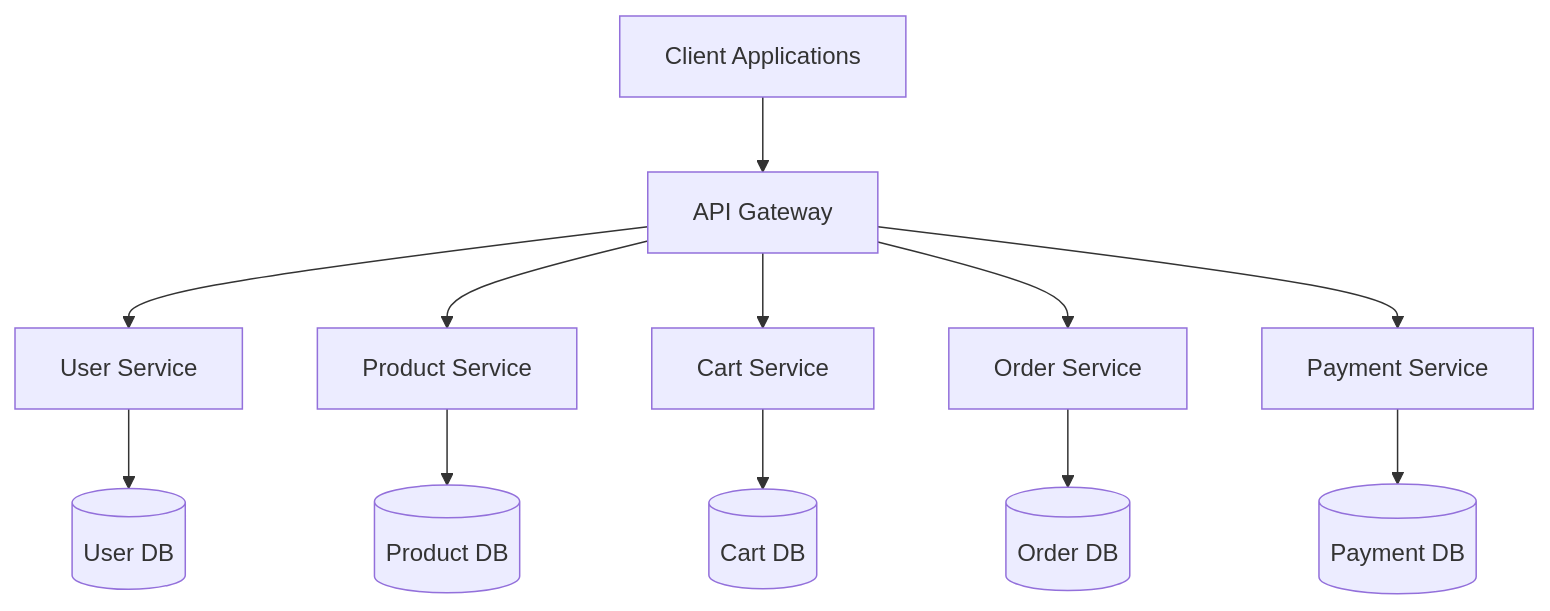
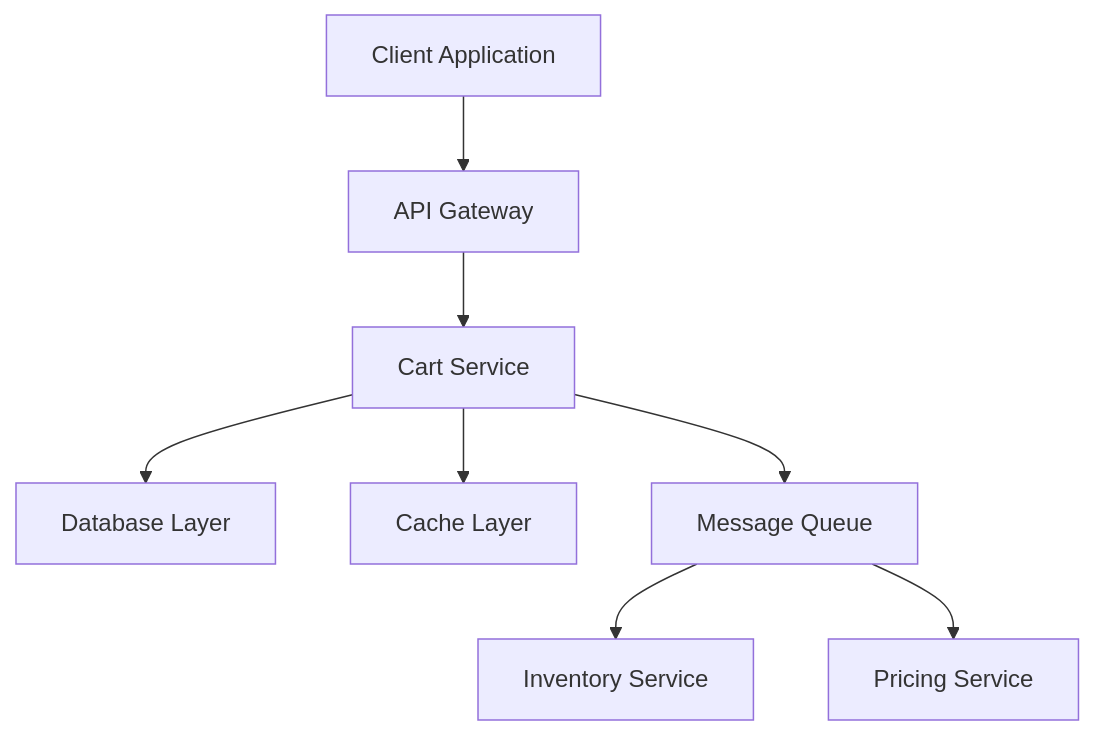
The first of 2 diagrams in docs/LLD/lld.md (NavneetBN47/aava-ecom-demo), drawn with Mermaid before and after one commit. The commit also changed other lines of this file, not shown here.

````diff
--- a/docs/LLD/lld.md
+++ b/docs/LLD/lld.md
@@ -51,14 +19,10 @@
 ```mermaid
 graph TB
-    A[Client Applications] --> B[API Gateway]
-    B --> C[User Service]
-    B --> D[Product Service]
-    B --> E[Cart Service]
-    B --> F[Order Service]
-    B --> G[Payment Service]
-    C --> H[(User DB)]
-    D --> I[(Product DB)]
-    E --> J[(Cart DB)]
-    F --> K[(Order DB)]
-    G --> L[(Payment DB)]
+    A[Client Application] --> B[API Gateway]
+    B --> C[Cart Service]
+    C --> D[Database Layer]
+    C --> E[Cache Layer]
+    C --> F[Message Queue]
+    F --> G[Inventory Service]
+    F --> H[Pricing Service]
 ```
````
